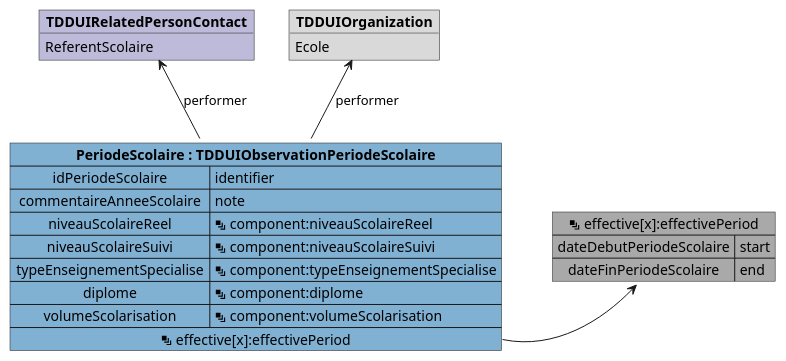
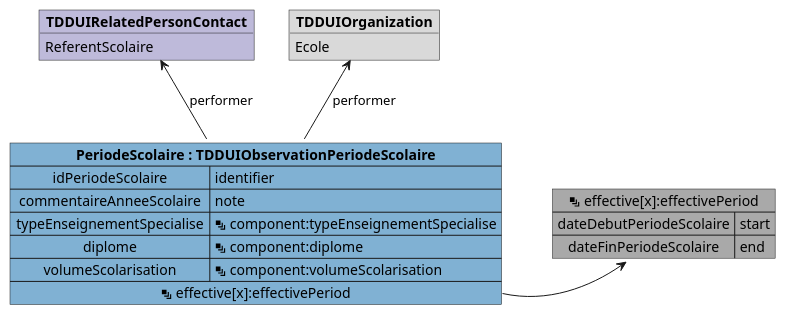
Before and after one commit to ansforge/IG-fhir-medicosocial-transfert-donnees-dui: the diagram in input/images-source/mapping_TDDUIObservationPeriodeScolaire.plantuml, drawn with PlantUML. The commit also changed 1 other file, not shown here.

```diff
--- a/input/images-source/mapping_TDDUIObservationPeriodeScolaire.plantuml
+++ b/input/images-source/mapping_TDDUIObservationPeriodeScolaire.plantuml
@@ -1,31 +1,29 @@
 @startuml
 
 object "**TDDUIOrganization**" as TDDUIOrganization #d9d9d9 {
     Ecole
 }
 
 object "**TDDUIRelatedPersonContact**" as TDDUIRelatedPersonContact #bebada {
     ReferentScolaire
 }
 
 map "<&layers> effective[x]:effectivePeriod" as effectivexeffectivePeriod #DarkGray {
     dateDebutPeriodeScolaire => start
     dateFinPeriodeScolaire => end
 }
 
 map "**PeriodeScolaire : TDDUIObservationPeriodeScolaire**" as PeriodeScolaire #80b1d3 {
     idPeriodeScolaire => identifier
     commentaireAnneeScolaire => note
-    niveauScolaireReel => <&layers> component:niveauScolaireReel
-    niveauScolaireSuivi => <&layers> component:niveauScolaireSuivi
     typeEnseignementSpecialise => <&layers> component:typeEnseignementSpecialise
     diplome => <&layers> component:diplome
     volumeScolarisation => <&layers> component:volumeScolarisation
     <&layers> effective[x]:effectivePeriod *-> effectivexeffectivePeriod
 }
 
 PeriodeScolaire -u-> TDDUIOrganization : performer
 PeriodeScolaire -u-> TDDUIRelatedPersonContact : performer
 
 
 @enduml
```
